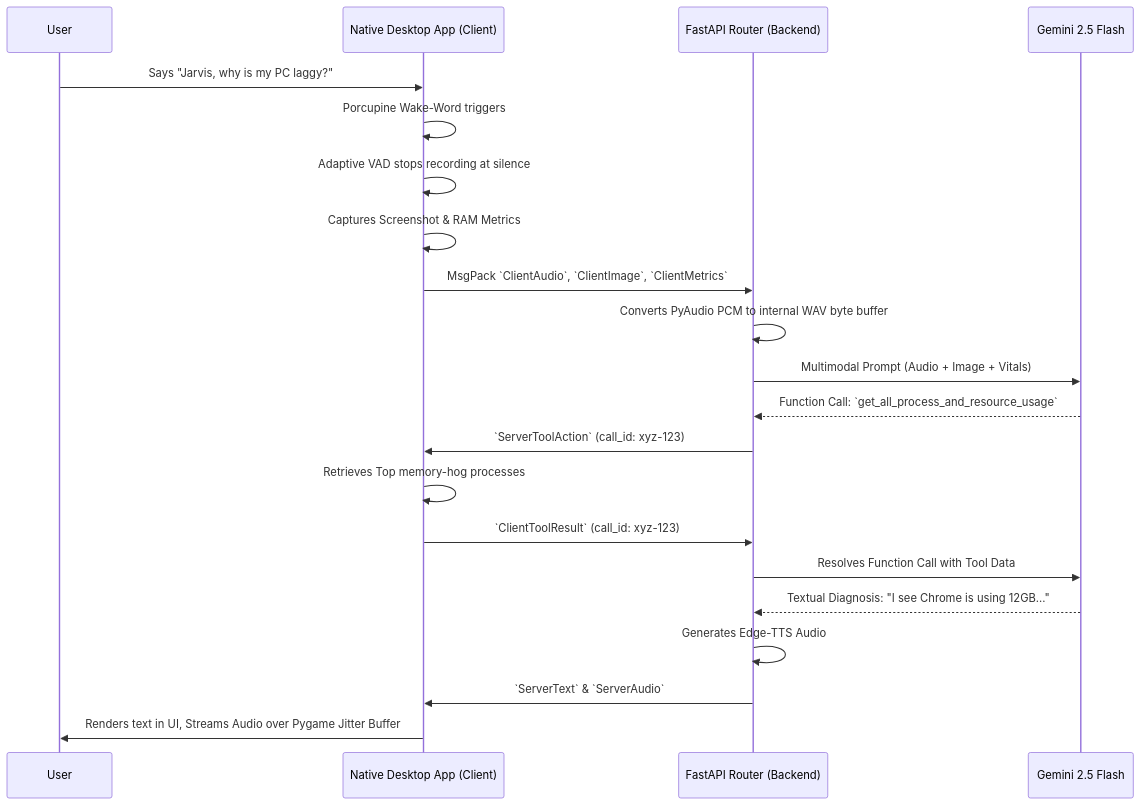
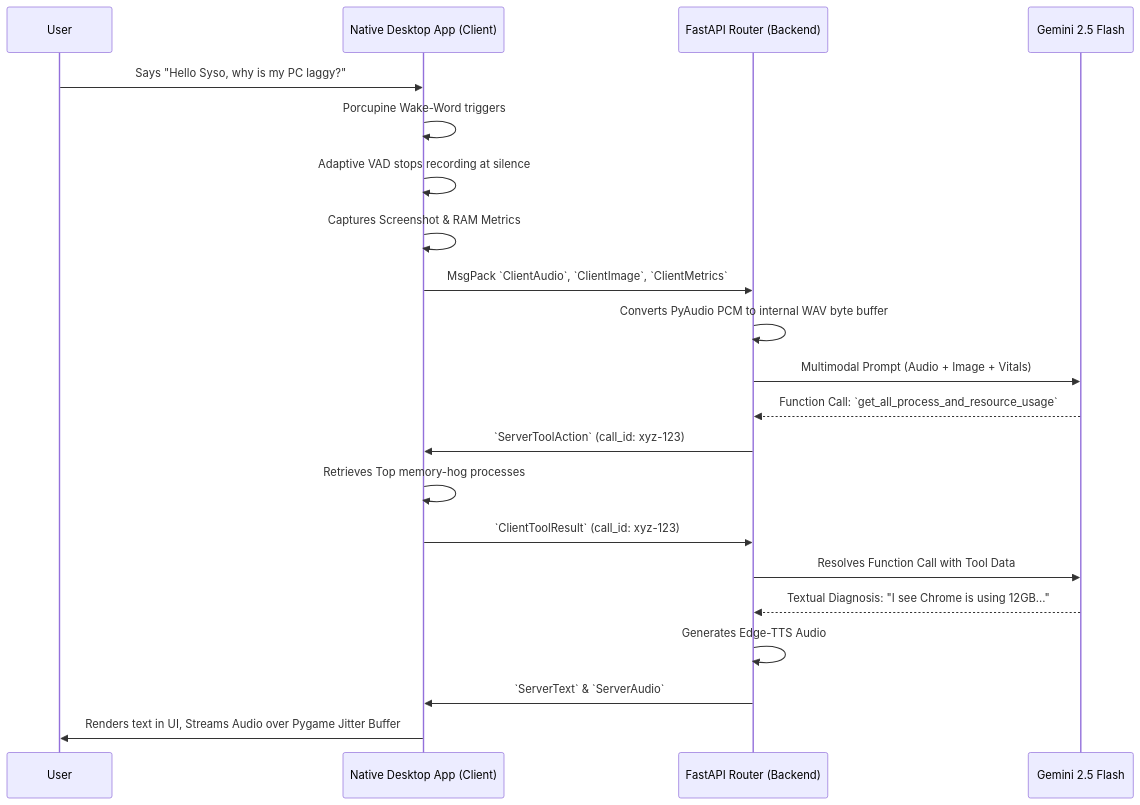
One commit to SaiSakthidar/Syso changed the diagram in README.md. Above: the diagram before and after it, drawn with Mermaid. The commit also changed other lines of this file and 12 other files, not shown here.

````diff
--- a/README.md
+++ b/README.md
@@ -31,29 +31,29 @@
 ```mermaid
 sequenceDiagram
     participant User
     participant App as Native Desktop App (Client)
     participant WS as FastAPI Router (Backend)
     participant AI as Gemini 2.5 Flash
 
-    User->>App: Says "Jarvis, why is my PC laggy?"
+    User->>App: Says "Hello Syso, why is my PC laggy?"
     App->>App: Porcupine Wake-Word triggers
     App->>App: Adaptive VAD stops recording at silence
     App->>App: Captures Screenshot & RAM Metrics
     App->>WS: MsgPack `ClientAudio`, `ClientImage`, `ClientMetrics`
     
     WS->>WS: Converts PyAudio PCM to internal WAV byte buffer
     WS->>AI: Multimodal Prompt (Audio + Image + Vitals)
     
     AI-->>WS: Function Call: `get_all_process_and_resource_usage`
     WS->>App: `ServerToolAction` (call_id: xyz-123)
     
     App->>App: Retrieves Top memory-hog processes
     App->>WS: `ClientToolResult` (call_id: xyz-123)
     
     WS->>AI: Resolves Function Call with Tool Data
     AI-->>WS: Textual Diagnosis: "I see Chrome is using 12GB..."
     
     WS->>WS: Generates Edge-TTS Audio
     WS->>App: `ServerText` & `ServerAudio`
     App->>User: Renders text in UI, Streams Audio over Pygame Jitter Buffer
 ```
````
